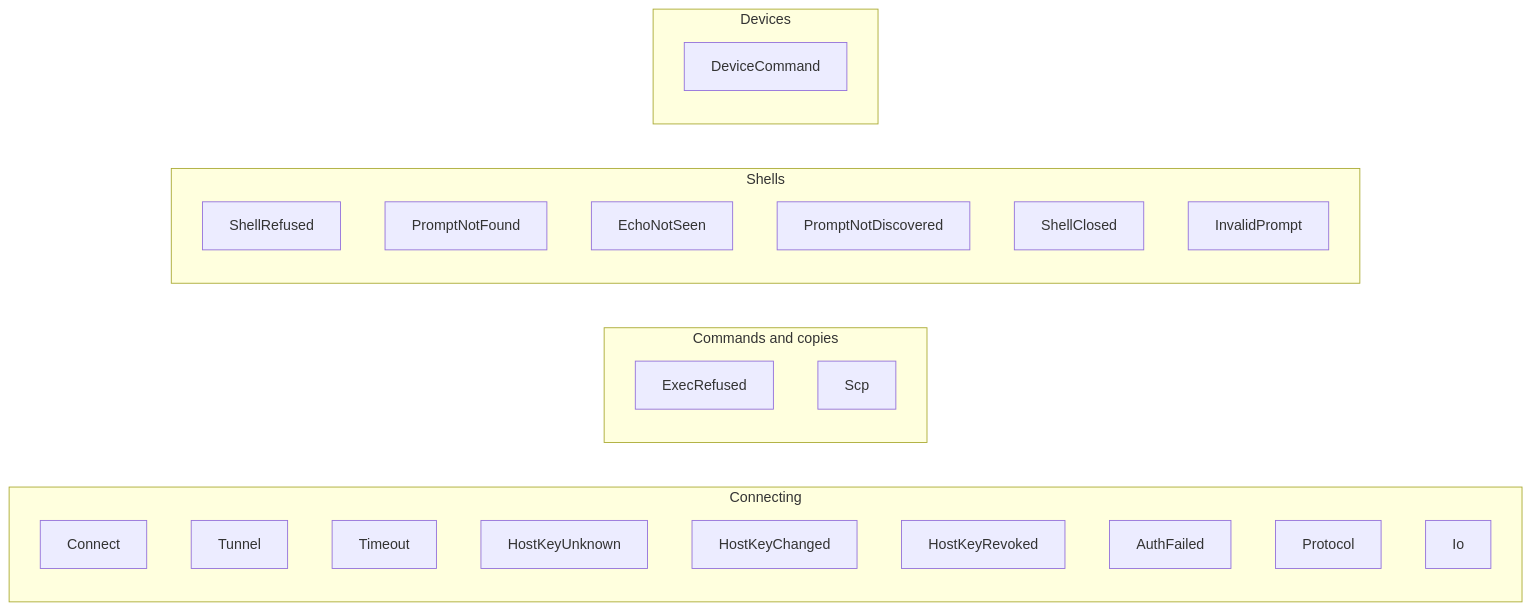
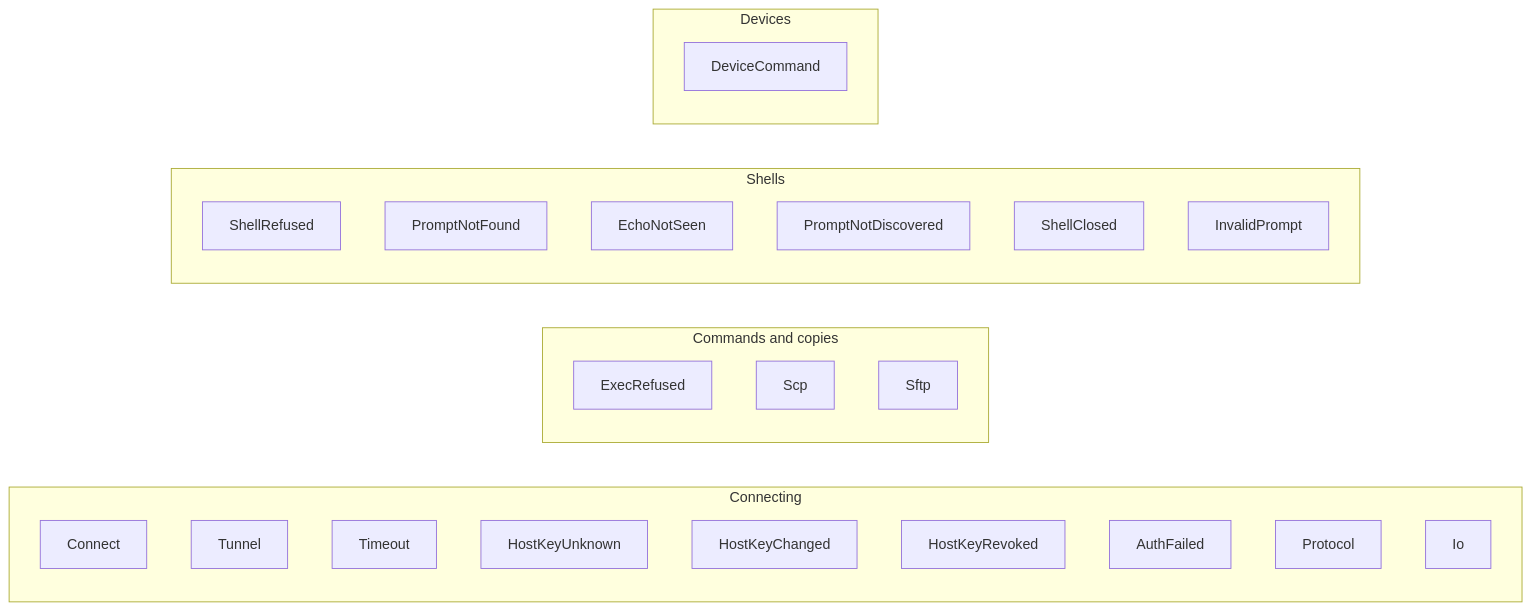
The diagram in docs/architecture/errors.md (bwks/jato-lib), drawn with Mermaid before and after one commit. The commit also changed other lines of this file and 15 other files, not shown here.

````diff
--- a/docs/architecture/errors.md
+++ b/docs/architecture/errors.md
@@ -27,29 +27,30 @@
 ```mermaid
 graph LR
     subgraph Connecting
         Connect
         Tunnel
         Timeout
         HostKeyUnknown
         HostKeyChanged
         HostKeyRevoked
         AuthFailed
         Protocol
         Io
     end
     subgraph Commands and copies
         ExecRefused
         Scp
+        Sftp
     end
     subgraph Shells
         ShellRefused
         PromptNotFound
         EchoNotSeen
         PromptNotDiscovered
         ShellClosed
         InvalidPrompt
     end
     subgraph Devices
         DeviceCommand
     end
 ```
````
